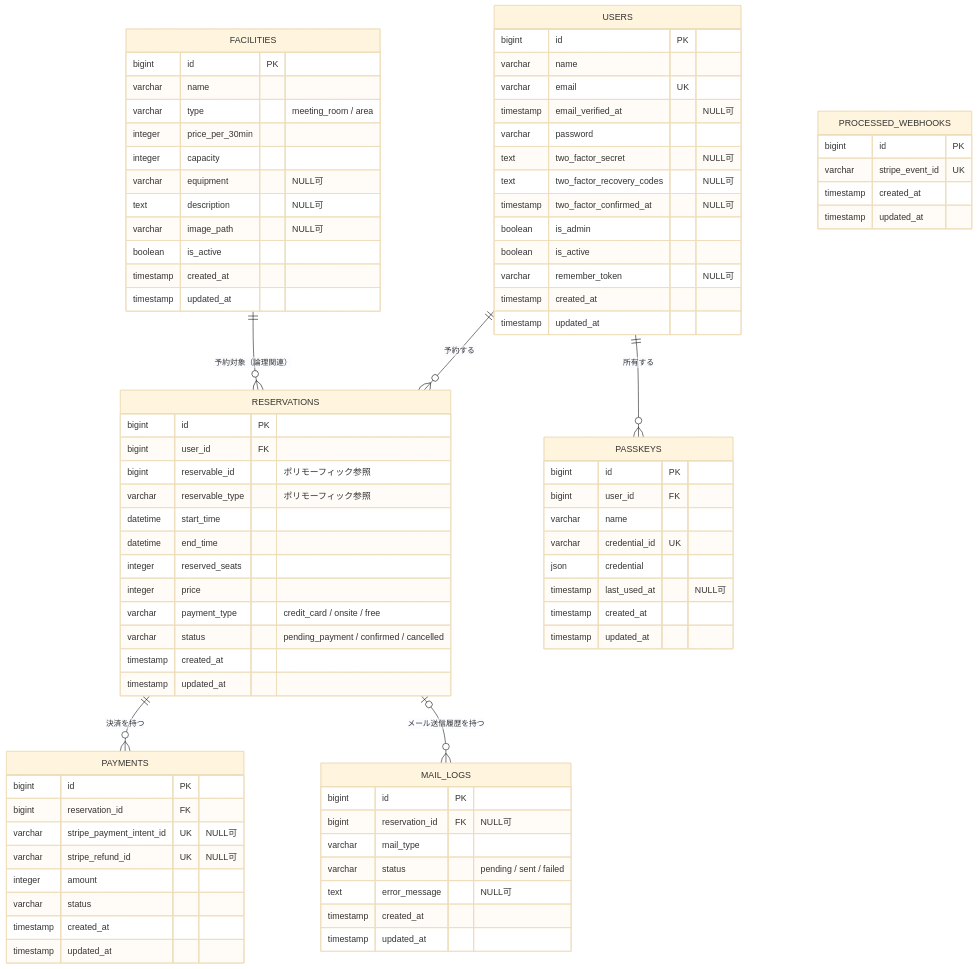
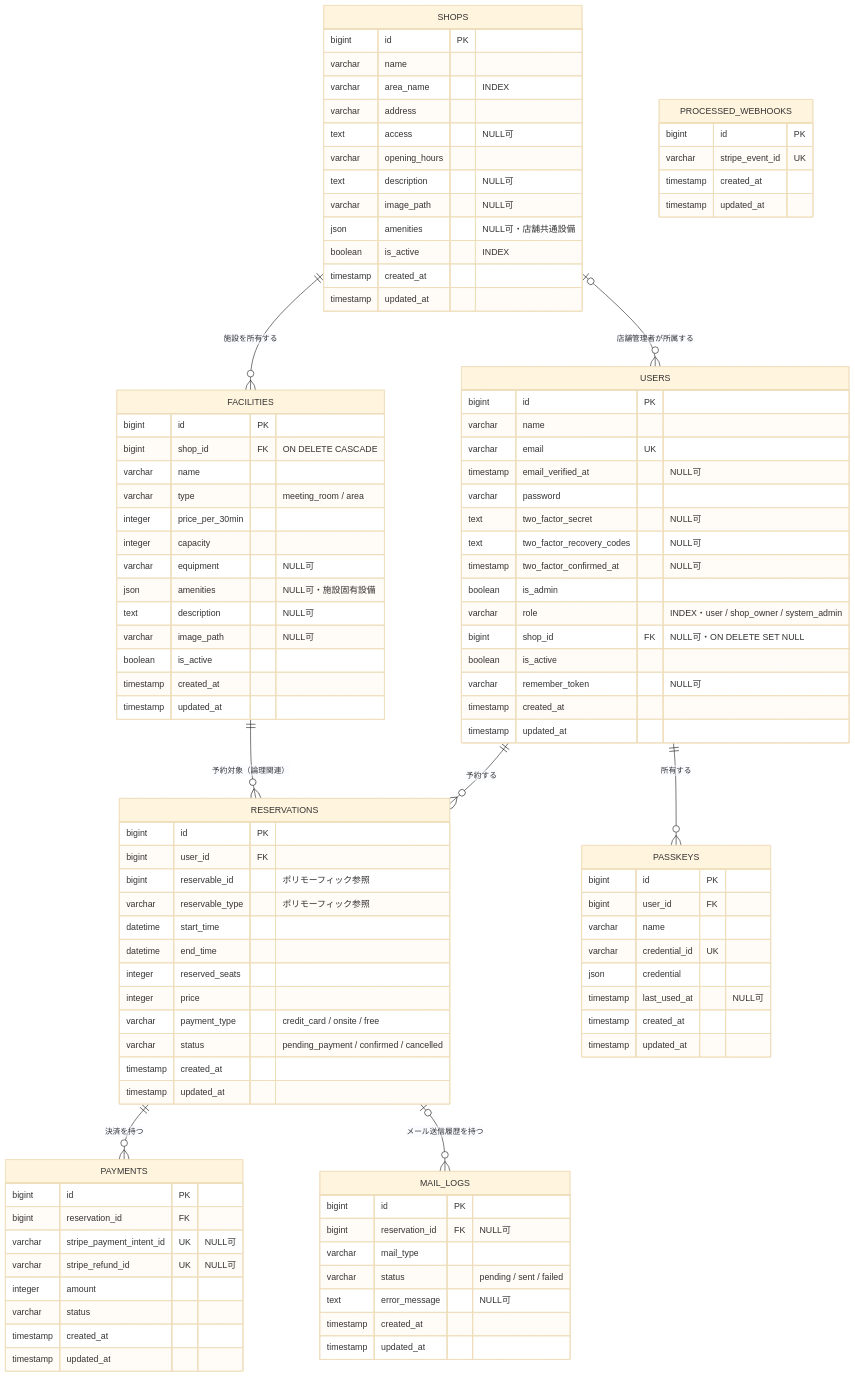
Before and after one commit to toomochin/cospace-link: the first of 2 diagrams in docs/er-diagram.md, drawn with Mermaid (base theme). The commit also changed other lines of this file and 3 other files, not shown here.

Commit message:
docs: ポータル化後のDB構造にER図を更新

````diff
--- a/docs/er-diagram.md
+++ b/docs/er-diagram.md
@@ -8,10 +8,27 @@
 ```mermaid
 erDiagram
+    SHOPS ||--o{ FACILITIES : "施設を所有する"
+    SHOPS o|--o{ USERS : "店舗管理者が所属する"
     USERS ||--o{ RESERVATIONS : "予約する"
     USERS ||--o{ PASSKEYS : "所有する"
     FACILITIES ||--o{ RESERVATIONS : "予約対象（論理関連）"
     RESERVATIONS ||--o{ PAYMENTS : "決済を持つ"
     RESERVATIONS o|--o{ MAIL_LOGS : "メール送信履歴を持つ"
+
+    SHOPS {
+        bigint id PK
+        varchar name
+        varchar area_name "INDEX"
+        varchar address
+        text access "NULL可"
+        varchar opening_hours
+        text description "NULL可"
+        varchar image_path "NULL可"
+        json amenities "NULL可・店舗共通設備"
+        boolean is_active "INDEX"
+        timestamp created_at
+        timestamp updated_at
+    }
 
     USERS {
         bigint id PK
@@ -23,6 +40,8 @@
         text two_factor_recovery_codes "NULL可"
         timestamp two_factor_confirmed_at "NULL可"
         boolean is_admin
+        varchar role "INDEX・user / shop_owner / system_admin"
+        bigint shop_id FK "NULL可・ON DELETE SET NULL"
         boolean is_active
         varchar remember_token "NULL可"
         timestamp created_at
@@ -42,11 +61,13 @@
 
     FACILITIES {
         bigint id PK
+        bigint shop_id FK "ON DELETE CASCADE"
         varchar name
         varchar type "meeting_room / area"
         integer price_per_30min
         integer capacity
         varchar equipment "NULL可"
+        json amenities "NULL可・施設固有設備"
         text description "NULL可"
         varchar image_path "NULL可"
         boolean is_active
````
